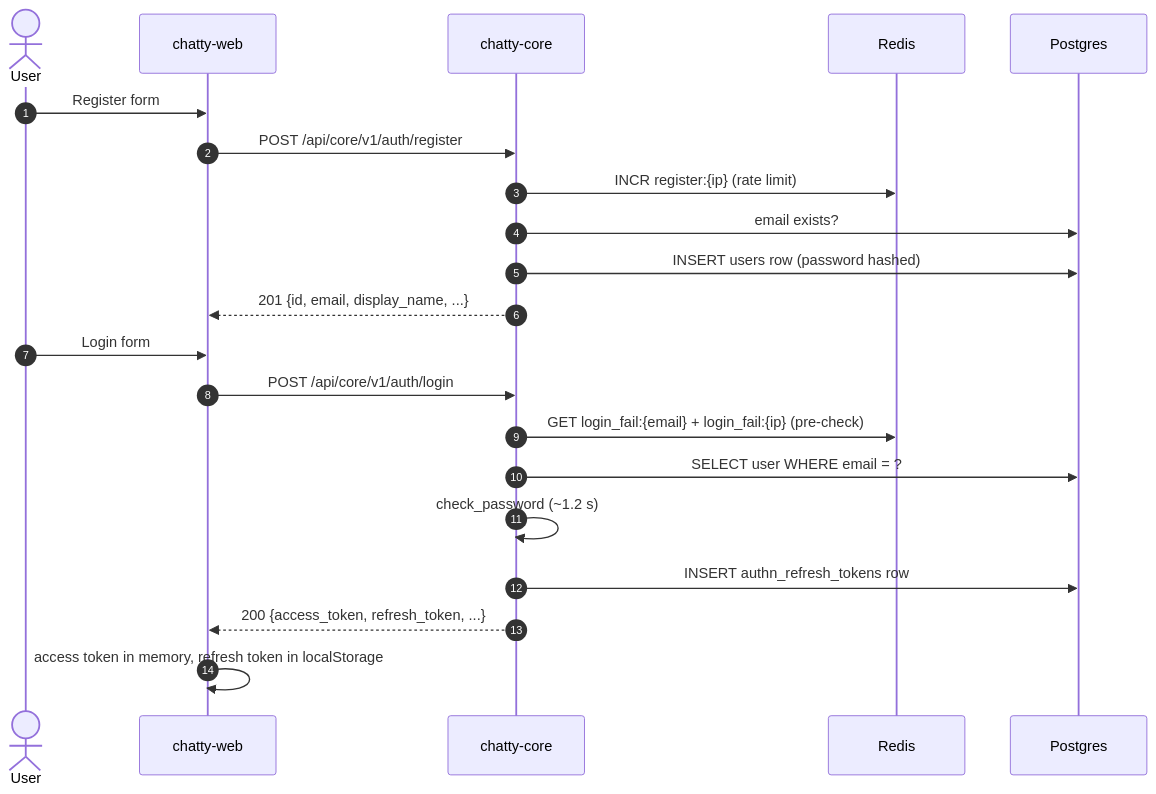
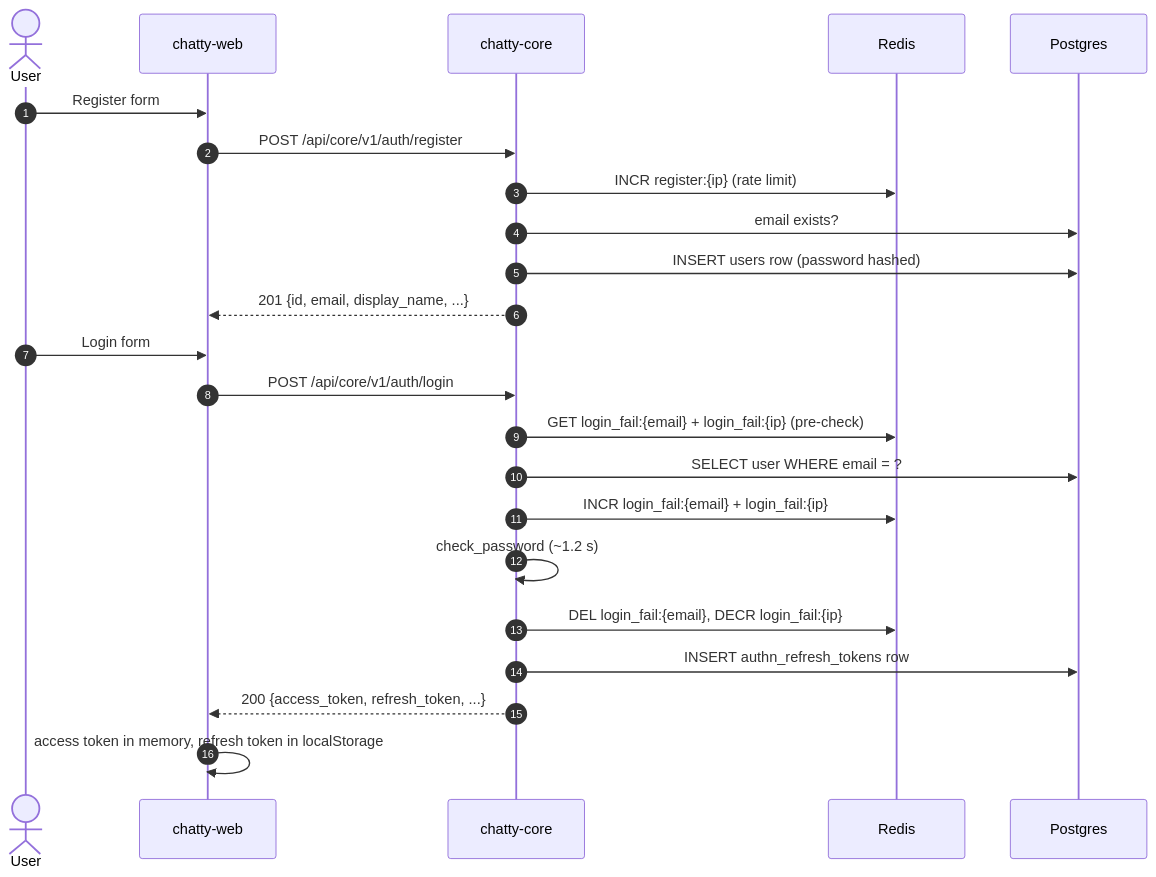
Before and after one commit to Chatty4/chatty-docs: the diagram in architecture/flows/register-and-login.md, drawn with Mermaid. The commit also changed other lines of this file and 2 other files, not shown here.

Commit message:
CHAT-248: update login, refresh and change-password flows after auth fixes

````diff
--- a/architecture/flows/register-and-login.md
+++ b/architecture/flows/register-and-login.md
@@ -9,25 +9,27 @@
 ```mermaid
 sequenceDiagram
     autonumber
     actor U as User
     participant W as chatty-web
     participant C as chatty-core
     participant R as Redis
     participant DB as Postgres
 
     U->>W: Register form
     W->>C: POST /api/core/v1/auth/register
     C->>R: INCR register:{ip} (rate limit)
     C->>DB: email exists?
     C->>DB: INSERT users row (password hashed)
     C-->>W: 201 {id, email, display_name, ...}
 
     U->>W: Login form
     W->>C: POST /api/core/v1/auth/login
     C->>R: GET login_fail:{email} + login_fail:{ip} (pre-check)
     C->>DB: SELECT user WHERE email = ?
+    C->>R: INCR login_fail:{email} + login_fail:{ip}
     C->>C: check_password (~1.2 s)
+    C->>R: DEL login_fail:{email}, DECR login_fail:{ip}
     C->>DB: INSERT authn_refresh_tokens row
     C-->>W: 200 {access_token, refresh_token, ...}
     W->>W: access token in memory, refresh token in localStorage
 ```
````
